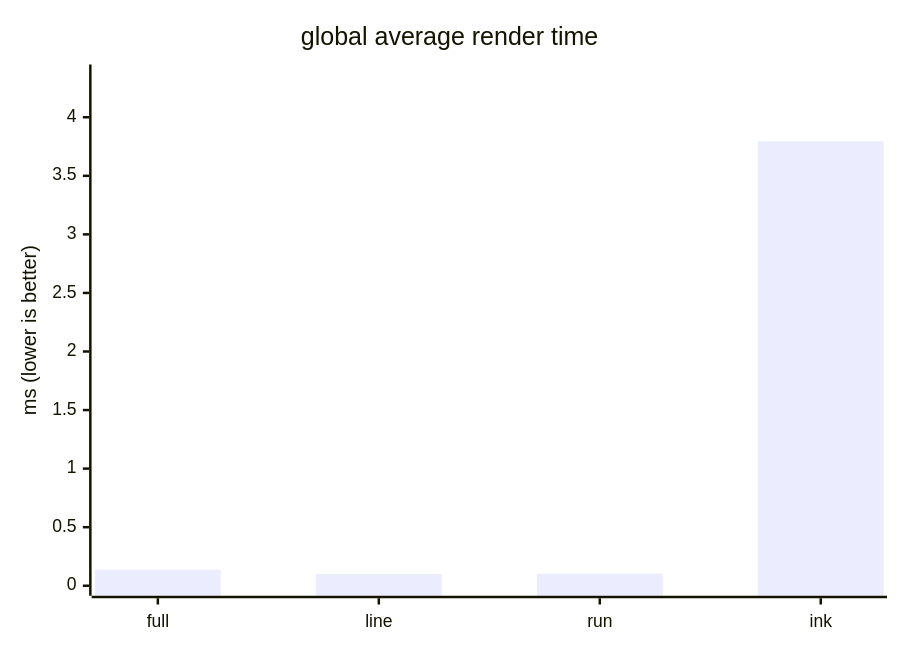
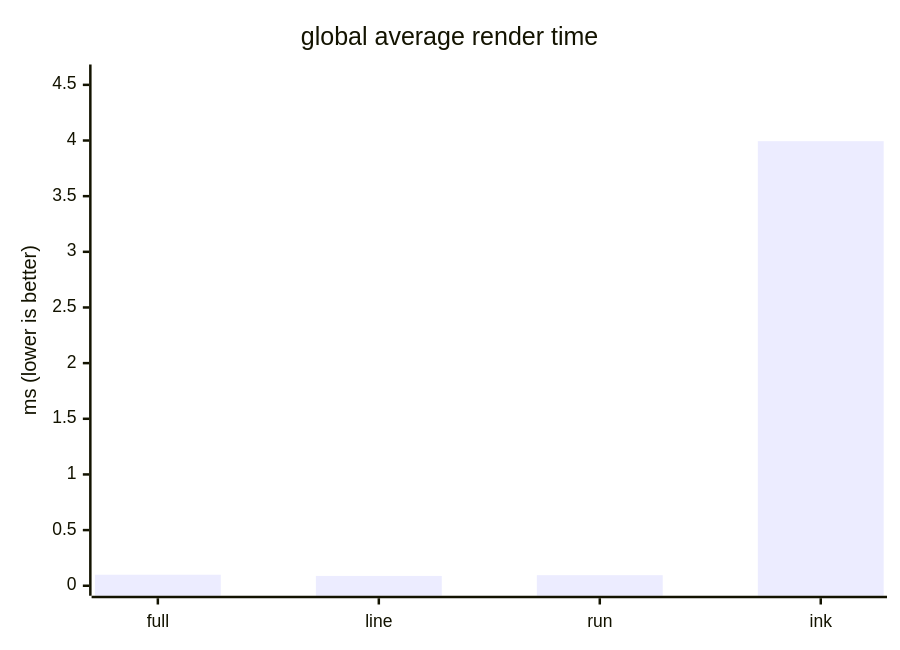
One commit to ByteLandTechnology/tinky changed the ninth of 10 diagrams in docs/benchmark.md. Above: the diagram before and after it, drawn with Mermaid. The commit also changed other lines of this file and 13 other files, not shown here.

````diff
--- a/docs/benchmark.md
+++ b/docs/benchmark.md
@@ -157,7 +157,7 @@
 ```mermaid
 xychart-beta
     title "global average render time"
     x-axis ["full", "line", "run", "ink"]
-    y-axis "ms (lower is better)" 0 --> 4.365
-    bar [0.137, 0.101, 0.103, 3.795]
+    y-axis "ms (lower is better)" 0 --> 4.593
+    bar [0.099, 0.088, 0.095, 3.994]
 ```
````
